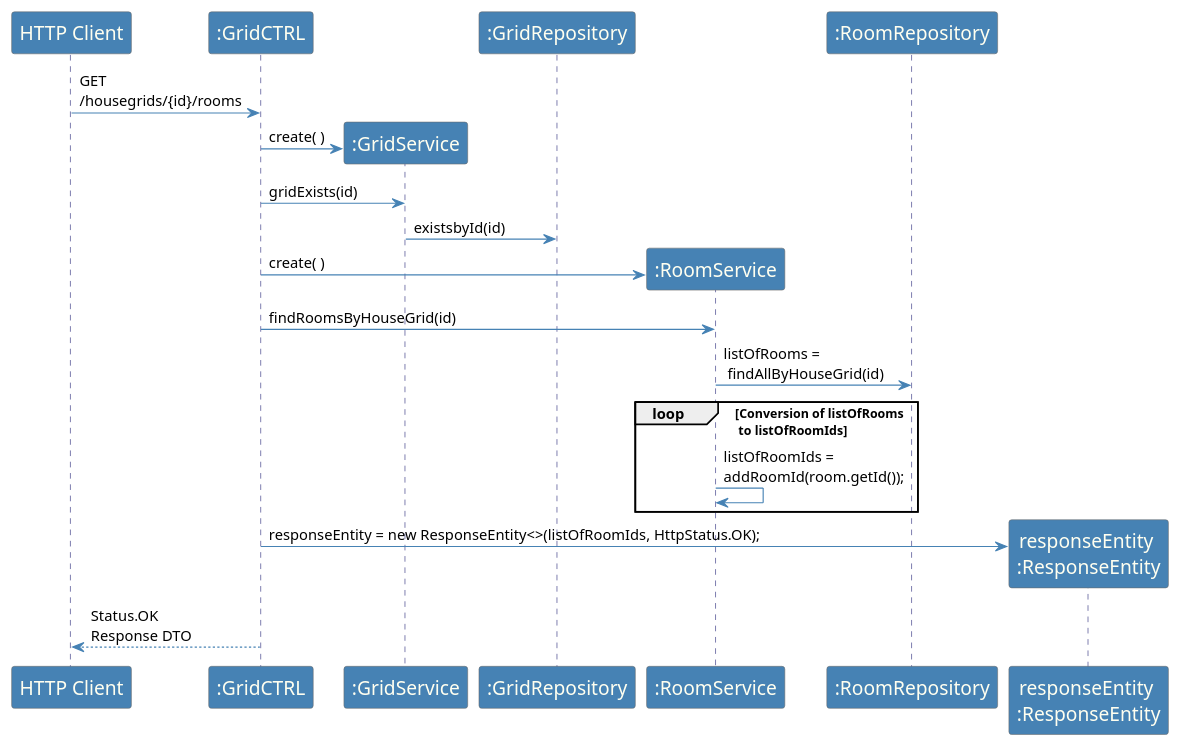
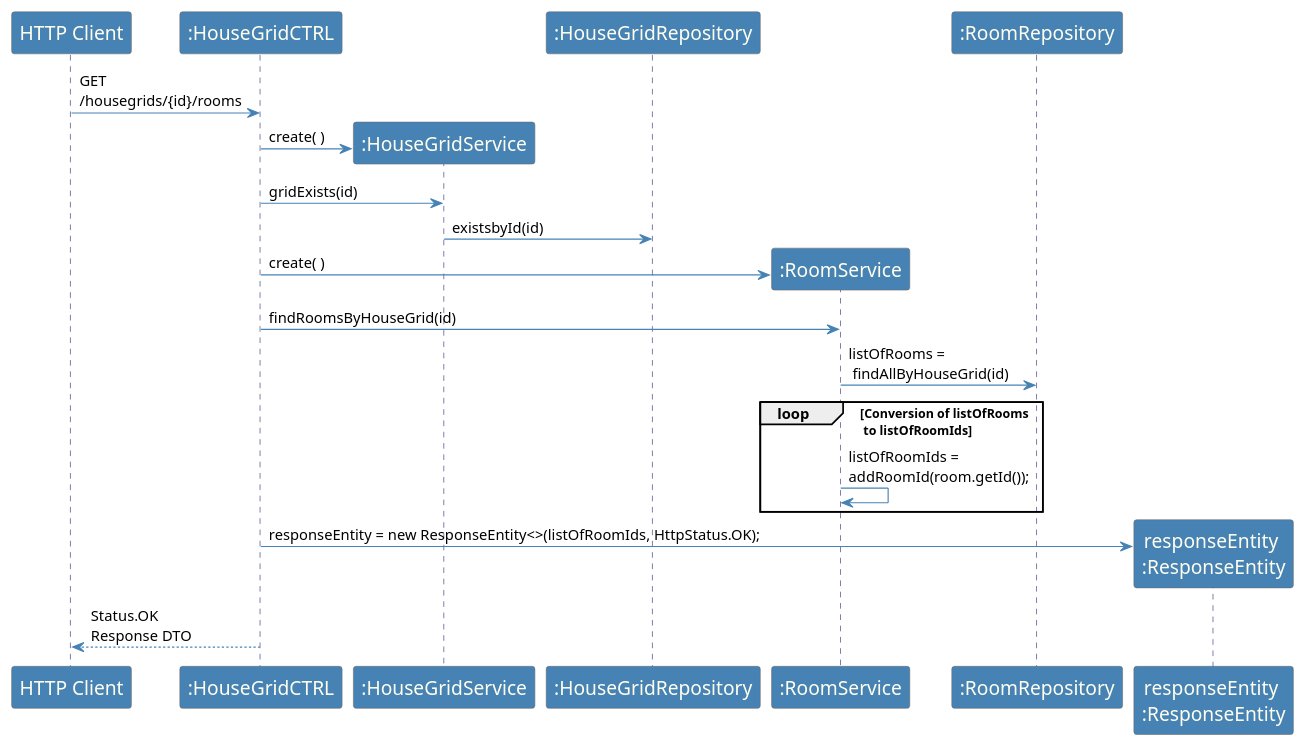
The diagram in src/main/java/smarthome/controller/rest/sequenceDiagrams/sd_ListRoomsInHG_1.puml (emanuel-pereira/hou), drawn with PlantUML before and after one commit. The commit also changed 2 other files, not shown here.

Commit message:
Addresses #235, name refactors of CTRL and Service To HouseGrid; -

```diff
--- a/src/main/java/smarthome/controller/rest/sequenceDiagrams/sd_ListRoomsInHG_1.puml
+++ b/src/main/java/smarthome/controller/rest/sequenceDiagrams/sd_ListRoomsInHG_1.puml
@@ -1,46 +1,46 @@
 @startuml
 
 skinparam sequence {
 	ArrowColor SteelBlue
 	ActorBorderColor Dimgray
 	LifeLineBorderColor MidnightBlue
 	LifeLineBackgroundColor #A9DCDF
 
 	ParticipantBorderColor Dimgray
 	ParticipantBackgroundColor SteelBlue
 	ParticipantFontName Calibri Bold
 	ParticipantFontSize 17
 	ParticipantFontColor Ivory
 
 	ActorBackgroundColor SteelBlue
 	ActorFontColor MidnightBlue
 	ActorFontSize 17
 	ActorFontName Aapex
 }
 
 skinparam note {
 BorderColor SteelBlue
 }
 
-"HTTP Client" -> ":GridCTRL": GET \n/housegrids/{id}/rooms
+"HTTP Client" -> ":HouseGridCTRL": GET \n/housegrids/{id}/rooms
 
-create ":GridService"
-":GridCTRL" -> ":GridService" : create( )
-":GridCTRL" -> ":GridService" : gridExists(id)
+create ":HouseGridService"
+":HouseGridCTRL" -> ":HouseGridService" : create( )
+":HouseGridCTRL" -> ":HouseGridService" : gridExists(id)
 
-":GridService" -> ":GridRepository" : existsbyId(id)
+":HouseGridService" -> ":HouseGridRepository" : existsbyId(id)
 
 create ":RoomService"
-":GridCTRL" -> ":RoomService" : create( )
-":GridCTRL" -> ":RoomService" : findRoomsByHouseGrid(id)
+":HouseGridCTRL" -> ":RoomService" : create( )
+":HouseGridCTRL" -> ":RoomService" : findRoomsByHouseGrid(id)
 
 ":RoomService" -> ":RoomRepository" : listOfRooms =\n findAllByHouseGrid(id)
 
 loop  Conversion of listOfRooms\n to listOfRoomIds
 ":RoomService" -> ":RoomService": listOfRoomIds = \naddRoomId(room.getId());
 end
 create "responseEntity \n:ResponseEntity"
-":GridCTRL" ->  "responseEntity \n:ResponseEntity": responseEntity = new ResponseEntity<>(listOfRoomIds, HttpStatus.OK);
+":HouseGridCTRL" ->  "responseEntity \n:ResponseEntity": responseEntity = new ResponseEntity<>(listOfRoomIds, HttpStatus.OK);
 
-":GridCTRL" --> "HTTP Client" : Status.OK \nResponse DTO
+":HouseGridCTRL" --> "HTTP Client" : Status.OK \nResponse DTO
 @enduml
```
